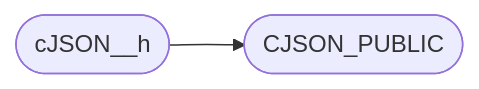
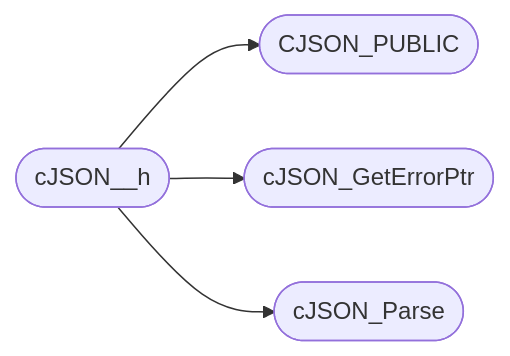
Before and after one commit to grisuno/blacksandbeacon: the second of 2 diagrams in readmenator-apidocs/modules/cJSON.h.md, drawn with Mermaid. The commit also changed other lines of this file and 380 other files, not shown here.

````diff
--- a/readmenator-apidocs/modules/cJSON.h.md
+++ b/readmenator-apidocs/modules/cJSON.h.md
@@ -30,6 +30,10 @@
 ```mermaid
 flowchart LR
     n_cJSON_h__cJSON__h(["cJSON__h"])
     n_cJSON_h__CJSON_PUBLIC(["CJSON_PUBLIC"])
+    n_cJSON_h__cJSON_GetErrorPtr(["cJSON_GetErrorPtr"])
+    n_cJSON_h__cJSON_Parse(["cJSON_Parse"])
     n_cJSON_h__cJSON__h --> n_cJSON_h__CJSON_PUBLIC
+    n_cJSON_h__cJSON__h --> n_cJSON_h__cJSON_GetErrorPtr
+    n_cJSON_h__cJSON__h --> n_cJSON_h__cJSON_Parse
 ```
````
